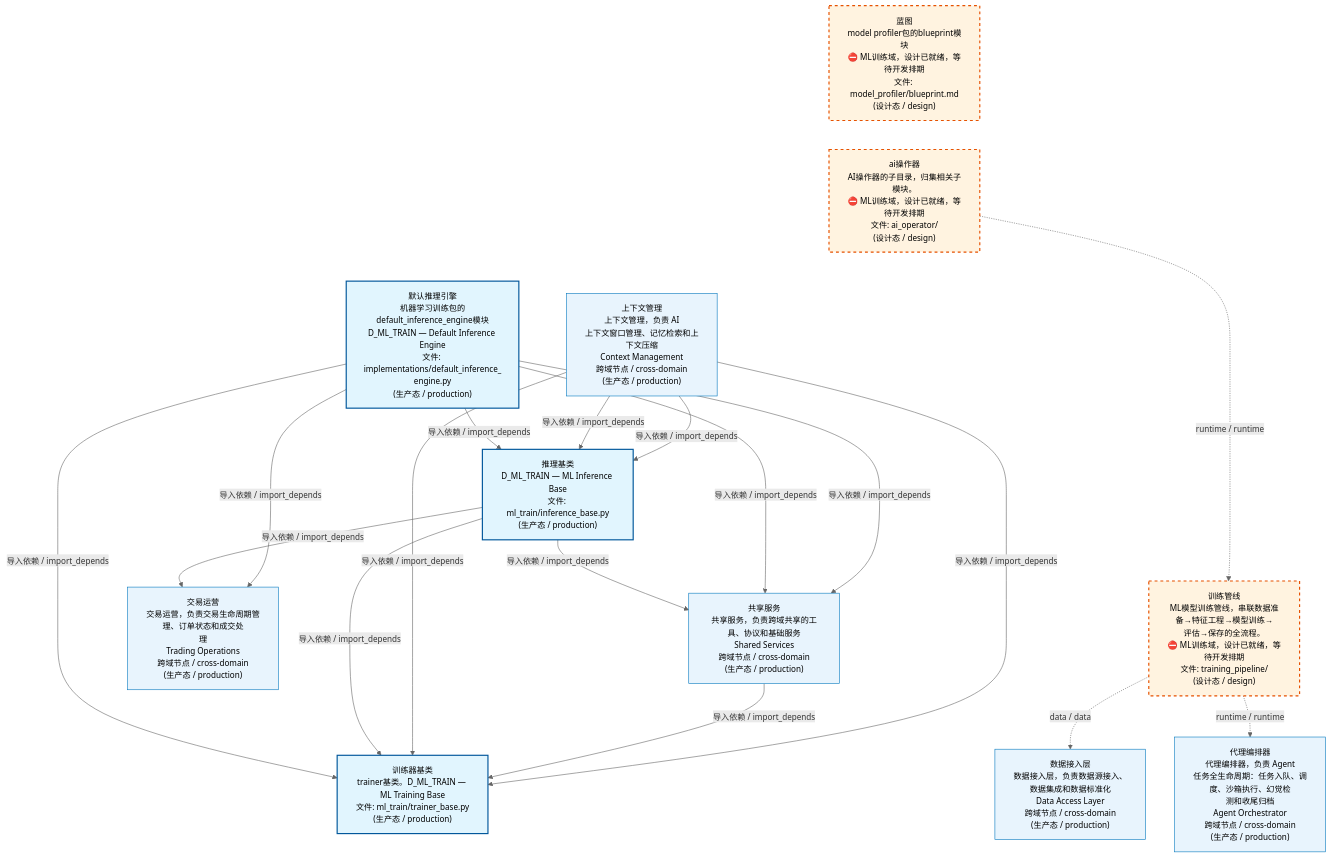
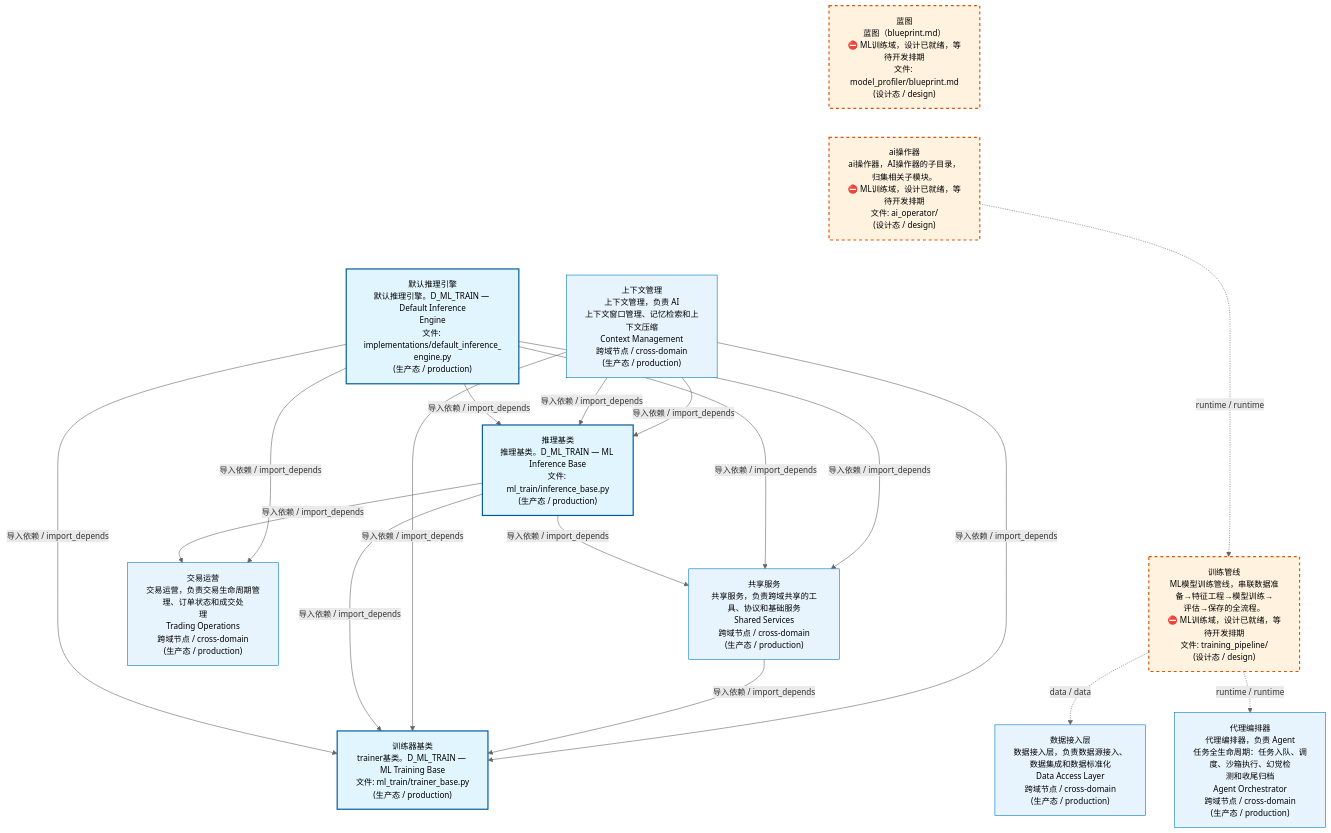
One commit to xuanFelixVan/ZephyrAlpha changed the first of 4 diagrams in docs/02_enterprise_architecture/02_domain_architecture_docs/61_d_ml_train.md. Above: the diagram before and after it, drawn with Mermaid. The commit also changed other lines of this file and 56 other files, not shown here.

````diff
--- a/docs/02_enterprise_architecture/02_domain_architecture_docs/61_d_ml_train.md
+++ b/docs/02_enterprise_architecture/02_domain_architecture_docs/61_d_ml_train.md
@@ -53,41 +53,41 @@
 ```mermaid
 %%{init: {'theme': 'base', 'themeVariables': {'primaryColor': '#eaeaea', 'primaryTextColor': '#333333', 'primaryBorderColor': '#666666', 'lineColor': '#666666', 'secondaryColor': '#eaeaea', 'tertiaryColor': '#eaeaea', 'fontSize': '14px'}}}%%
 flowchart TD
-    docs_03_modules_cross_layer_model_profiler_blueprint_md["蓝图<br/>model profiler包的blueprint模块<br/>⛔ ML训练域，设计已就绪，等待开发排期<br/>文件: model_profiler/blueprint.md<br/>(设计态 / design)"]
-    src_zephyr_ml_train_ai_operator["ai操作器<br/>AI操作器的子目录，归集相关子模块。<br/>⛔ ML训练域，设计已就绪，等待开发排期<br/>文件: ai_operator/<br/>(设计态 / design)"]
-    src_zephyr_ml_train_implementations_default_inference_engine_py["默认推理引擎<br/>机器学习训练包的default_inference_engine模块<br/>D_ML_TRAIN — Default Inference Engine<br/>文件: implementations/default_inference_<br/>engine.py<br/>(生产态 / production)"]
+    docs_03_modules_cross_layer_model_profiler_blueprint_md["蓝图<br/>蓝图（blueprint.md）<br/>⛔ ML训练域，设计已就绪，等待开发排期<br/>文件: model_profiler/blueprint.md<br/>(设计态 / design)"]
+    src_zephyr_ml_train_ai_operator["ai操作器<br/>ai操作器，AI操作器的子目录，归集相关子模块。<br/>⛔ ML训练域，设计已就绪，等待开发排期<br/>文件: ai_operator/<br/>(设计态 / design)"]
+    src_zephyr_ml_train_implementations_default_inference_engine_py["默认推理引擎<br/>默认推理引擎。D_ML_TRAIN — Default Inference<br/>Engine<br/>文件: implementations/default_inference_<br/>engine.py<br/>(生产态 / production)"]
     docs_03_modules_cross_layer_model_profiler_blueprint_md ~~~ src_zephyr_ml_train_ai_operator
     src_zephyr_ml_train_ai_operator ~~~ src_zephyr_ml_train_implementations_default_inference_engine_py
-    src_zephyr_ml_train_inference_base_py["推理基类<br/>D_ML_TRAIN — ML Inference Base<br/>文件: ml_train/inference_base.py<br/>(生产态 / production)"]
+    src_zephyr_ml_train_inference_base_py["推理基类<br/>推理基类。D_ML_TRAIN — ML Inference Base<br/>文件: ml_train/inference_base.py<br/>(生产态 / production)"]
     src_zephyr_ml_train_training_pipeline["训练管线<br/>ML模型训练管线，串联数据准备→特征工程→模型训练→<br/>评估→保存的全流程。<br/>⛔ ML训练域，设计已就绪，等待开发排期<br/>文件: training_pipeline/<br/>(设计态 / design)"]
     src_zephyr_ml_train_inference_base_py ~~~ src_zephyr_ml_train_training_pipeline
     src_zephyr_ml_train_trainer_base_py["训练器基类<br/>trainer基类。D_ML_TRAIN — ML Training Base<br/>文件: ml_train/trainer_base.py<br/>(生产态 / production)"]
     src_zephyr_ml_train_ai_operator -.->|runtime / runtime| src_zephyr_ml_train_training_pipeline
     src_zephyr_ml_train_implementations_default_inference_engine_py -->|导入依赖 / import_depends| src_zephyr_ml_train_trainer_base_py
     src_zephyr_ml_train_implementations_default_inference_engine_py -->|导入依赖 / import_depends| src_zephyr_ml_train_inference_base_py
     src_zephyr_ml_train_inference_base_py -->|导入依赖 / import_depends| src_zephyr_ml_train_trainer_base_py
     D_DATA["数据接入层<br/>数据接入层，负责数据源接入、数据集成和数据标准化<br/>Data Access Layer<br/>跨域节点 / cross-domain<br/>(生产态 / production)"]
     src_zephyr_ml_train_training_pipeline -.->|data / data| D_DATA
     D_ORCHESTRATOR["代理编排器<br/>代理编排器，负责 Agent<br/>任务全生命周期：任务入队、调度、沙箱执行、幻觉检<br/>测和收尾归档<br/>Agent Orchestrator<br/>跨域节点 / cross-domain<br/>(生产态 / production)"]
     src_zephyr_ml_train_training_pipeline -.->|runtime / runtime| D_ORCHESTRATOR
     D_TRADING["交易运营<br/>交易运营，负责交易生命周期管理、订单状态和成交处<br/>理<br/>Trading Operations<br/>跨域节点 / cross-domain<br/>(生产态 / production)"]
     src_zephyr_ml_train_inference_base_py -->|导入依赖 / import_depends| D_TRADING
     D_SHARED["共享服务<br/>共享服务，负责跨域共享的工具、协议和基础服务<br/>Shared Services<br/>跨域节点 / cross-domain<br/>(生产态 / production)"]
     src_zephyr_ml_train_inference_base_py -->|导入依赖 / import_depends| D_SHARED
     src_zephyr_ml_train_implementations_default_inference_engine_py -->|导入依赖 / import_depends| D_TRADING
     src_zephyr_ml_train_implementations_default_inference_engine_py -->|导入依赖 / import_depends| D_SHARED
     src_zephyr_ml_train_implementations_default_inference_engine_py -->|导入依赖 / import_depends| D_SHARED
     D_INTELLIGENCE["上下文管理<br/>上下文管理，负责 AI<br/>上下文窗口管理、记忆检索和上下文压缩<br/>Context Management<br/>跨域节点 / cross-domain<br/>(生产态 / production)"]
     D_INTELLIGENCE -->|导入依赖 / import_depends| src_zephyr_ml_train_inference_base_py
     D_INTELLIGENCE -->|导入依赖 / import_depends| src_zephyr_ml_train_trainer_base_py
     D_SHARED -->|导入依赖 / import_depends| src_zephyr_ml_train_trainer_base_py
     D_INTELLIGENCE -->|导入依赖 / import_depends| src_zephyr_ml_train_inference_base_py
     D_INTELLIGENCE -->|导入依赖 / import_depends| src_zephyr_ml_train_trainer_base_py
     classDef production fill:#e1f5fe,stroke:#01579b,stroke-width:2px,color:#000
     classDef design fill:#fff3e0,stroke:#e65100,stroke-width:2px,color:#000,stroke-dasharray: 5 5
     classDef external_prod fill:#e8f4fd,stroke:#0277bd,stroke-width:1px,color:#000
     classDef external_design fill:#fff8e7,stroke:#ef6c00,stroke-width:1px,color:#000,stroke-dasharray: 5 5
     class src_zephyr_ml_train_implementations_default_inference_engine_py,src_zephyr_ml_train_inference_base_py,src_zephyr_ml_train_trainer_base_py production
     class docs_03_modules_cross_layer_model_profiler_blueprint_md,src_zephyr_ml_train_ai_operator,src_zephyr_ml_train_training_pipeline design
     class D_DATA,D_ORCHESTRATOR,D_TRADING,D_SHARED,D_INTELLIGENCE external_prod
 ```
````
